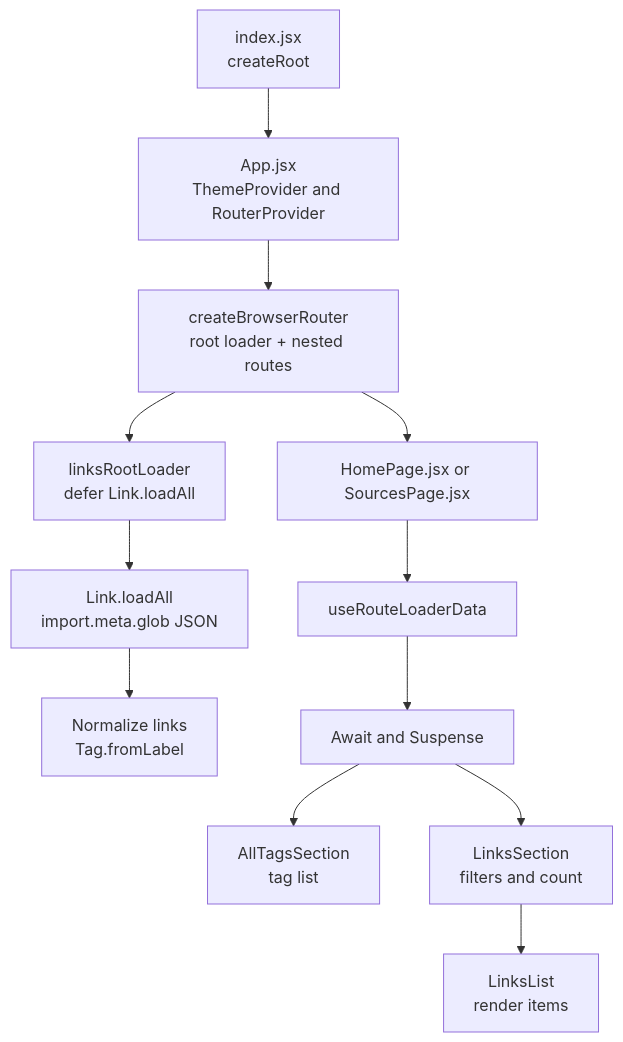
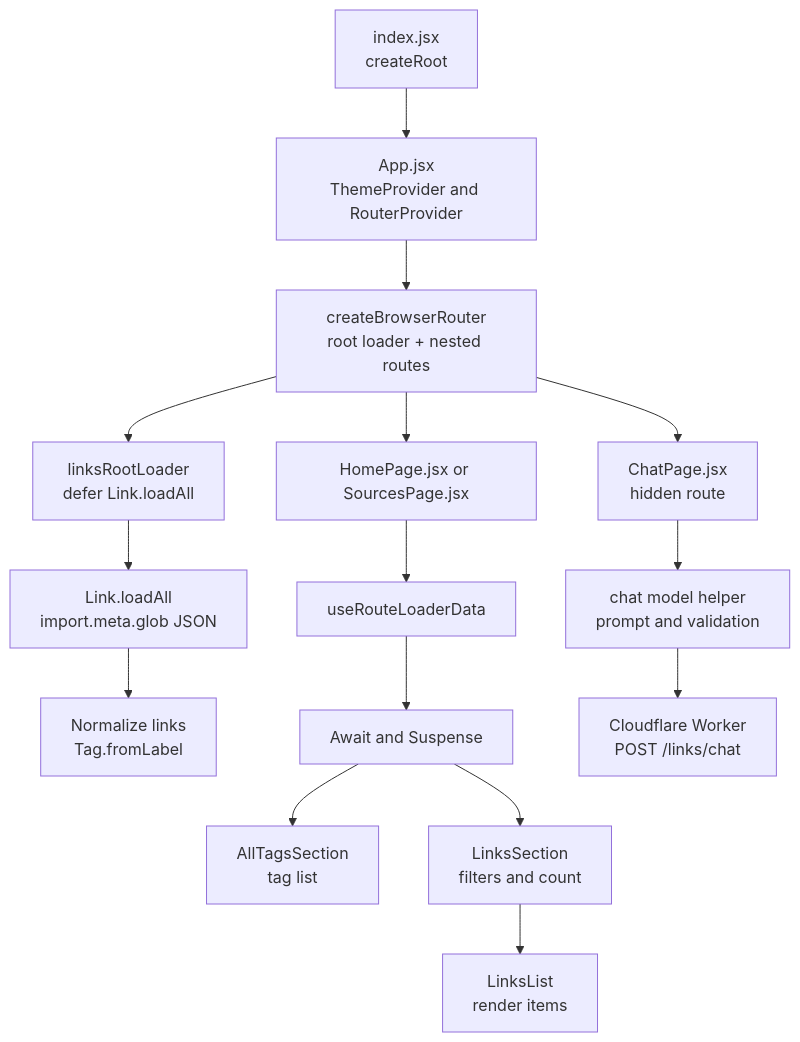
The diagram in README.md (johnpfeiffer/links-app), drawn with Mermaid before and after one commit. The commit also changed other lines of this file and 8 other files, not shown here.

````diff
--- a/README.md
+++ b/README.md
@@ -72,14 +73,17 @@
 ```mermaid
 flowchart TD
   A[index.jsx<br/>createRoot] --> B[App.jsx<br/>ThemeProvider and RouterProvider]
   B --> C[createBrowserRouter<br/>root loader + nested routes]
   C --> D[linksRootLoader<br/>defer Link.loadAll]
   D --> E[Link.loadAll<br/>import.meta.glob JSON]
   E --> F[Normalize links<br/>Tag.fromLabel]
   C --> G[HomePage.jsx or SourcesPage.jsx]
   G --> H[useRouteLoaderData]
   H --> I[Await and Suspense]
   I --> J[AllTagsSection<br/>tag list]
   I --> K[LinksSection<br/>filters and count]
   K --> L[LinksList<br/>render items]
+  C --> M[ChatPage.jsx<br/>hidden route]
+  M --> N[chat model helper<br/>prompt and validation]
+  N --> O[Cloudflare Worker<br/>POST /links/chat]
 ```
````
